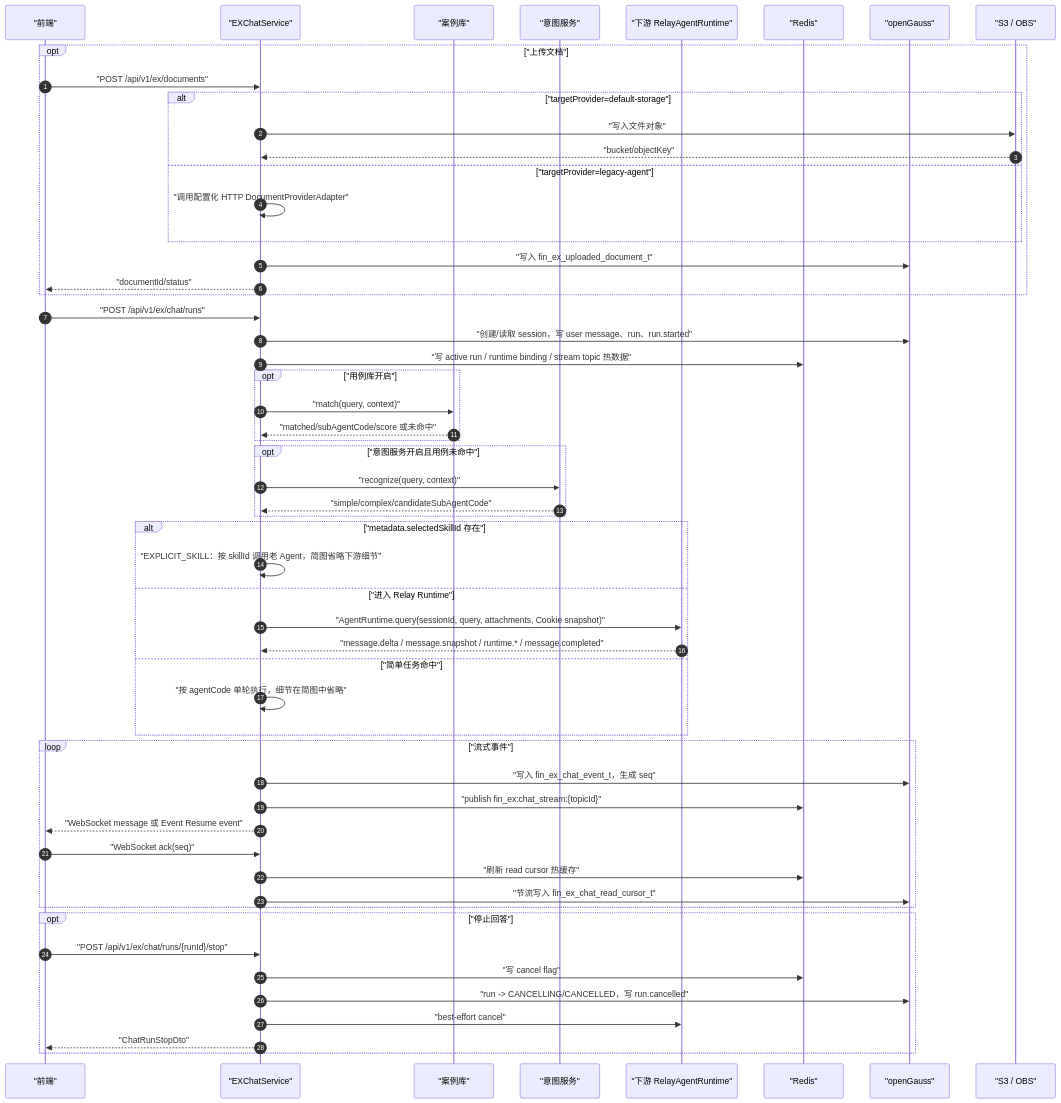
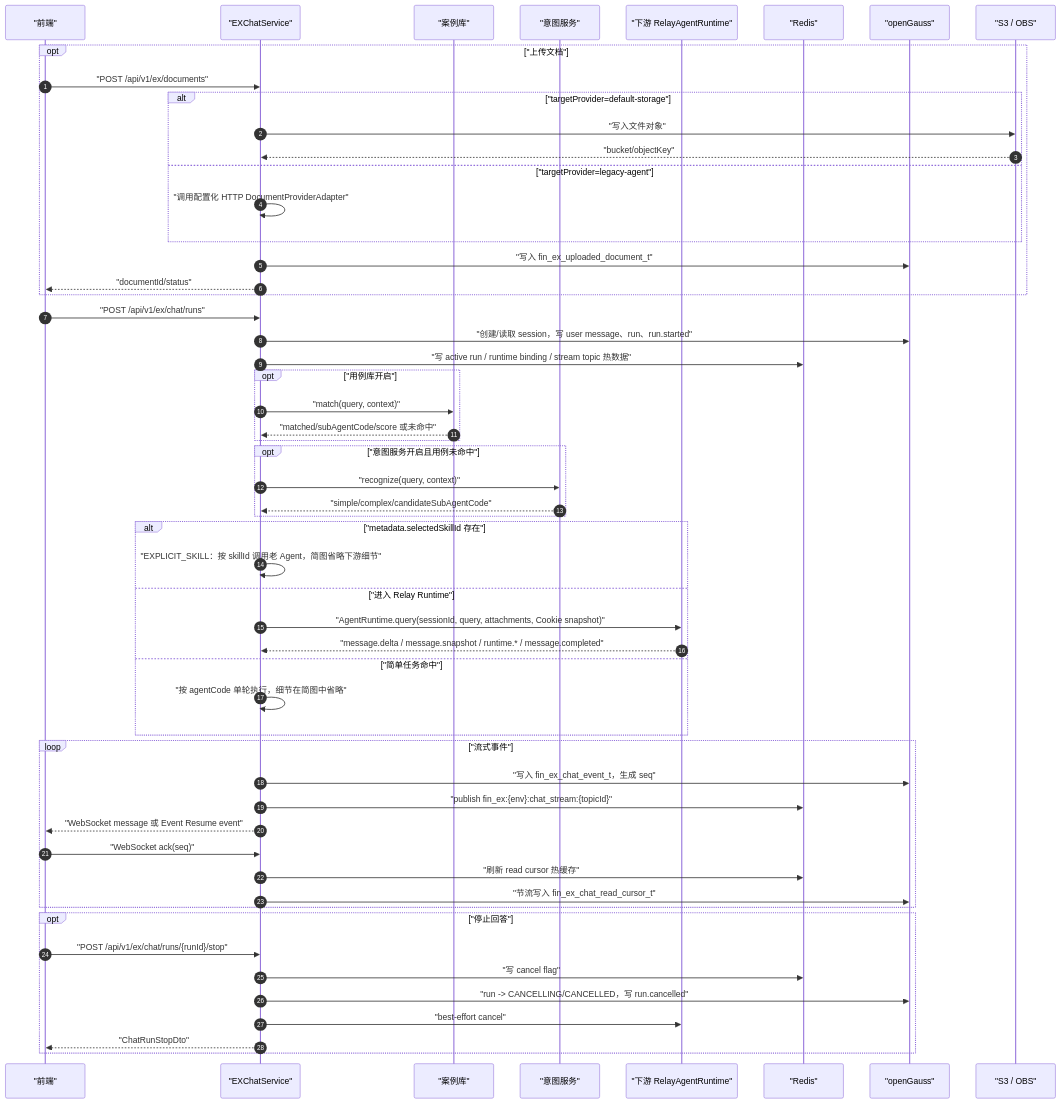
Before and after one commit to kunben-duck/exweb: the third of 9 diagrams in docs/architecture/README.md, drawn with Mermaid. The commit also changed other lines of this file and 17 other files, not shown here.

````diff
--- a/docs/architecture/README.md
+++ b/docs/architecture/README.md
@@ -176,64 +176,64 @@
 ```mermaid
 sequenceDiagram
     autonumber
     participant Frontend as "前端"
     participant EX as "EXChatService"
     participant UseCase as "案例库"
     participant Intent as "意图服务"
     participant Relay as "下游 RelayAgentRuntime"
     participant Redis as "Redis"
     participant DB as "openGauss"
     participant S3 as "S3 / OBS"
 
     opt "上传文档"
         Frontend->>EX: "POST /api/v1/ex/documents"
         alt "targetProvider=default-storage"
             EX->>S3: "写入文件对象"
             S3-->>EX: "bucket/objectKey"
         else "targetProvider=legacy-agent"
             EX->>EX: "调用配置化 HTTP DocumentProviderAdapter"
         end
         EX->>DB: "写入 fin_ex_uploaded_document_t"
         EX-->>Frontend: "documentId/status"
     end
 
     Frontend->>EX: "POST /api/v1/ex/chat/runs"
     EX->>DB: "创建/读取 session，写 user message、run、run.started"
     EX->>Redis: "写 active run / runtime binding / stream topic 热数据"
 
     opt "用例库开启"
         EX->>UseCase: "match(query, context)"
         UseCase-->>EX: "matched/subAgentCode/score 或未命中"
     end
 
     opt "意图服务开启且用例未命中"
         EX->>Intent: "recognize(query, context)"
         Intent-->>EX: "simple/complex/candidateSubAgentCode"
     end
 
     alt "metadata.selectedSkillId 存在"
         EX->>EX: "EXPLICIT_SKILL：按 skillId 调用老 Agent，简图省略下游细节"
     else "进入 Relay Runtime"
         EX->>Relay: "AgentRuntime.query(sessionId, query, attachments, Cookie snapshot)"
         Relay-->>EX: "message.delta / message.snapshot / runtime.* / message.completed"
     else "简单任务命中"
         EX->>EX: "按 agentCode 单轮执行，细节在简图中省略"
     end
 
     loop "流式事件"
         EX->>DB: "写入 fin_ex_chat_event_t，生成 seq"
-        EX->>Redis: "publish fin_ex:chat_stream:{topicId}"
+        EX->>Redis: "publish fin_ex:{env}:chat_stream:{topicId}"
         EX-->>Frontend: "WebSocket message 或 Event Resume event"
         Frontend->>EX: "WebSocket ack(seq)"
         EX->>Redis: "刷新 read cursor 热缓存"
         EX->>DB: "节流写入 fin_ex_chat_read_cursor_t"
     end
 
     opt "停止回答"
         Frontend->>EX: "POST /api/v1/ex/chat/runs/{runId}/stop"
         EX->>Redis: "写 cancel flag"
         EX->>DB: "run -> CANCELLING/CANCELLED，写 run.cancelled"
         EX->>Relay: "best-effort cancel"
         EX-->>Frontend: "ChatRunStopDto"
     end
 ```
````
